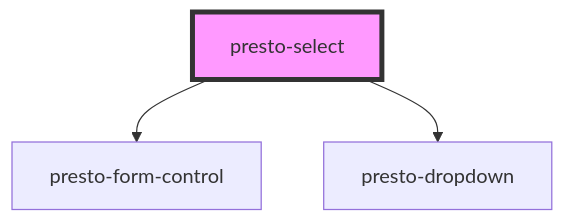
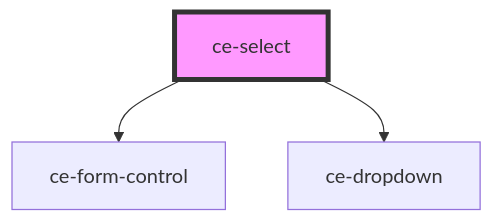
The diagram in packages/components/docs/components/ui/presto-select/readme.md (surecart/surecart-wp-plugin), drawn with Mermaid before and after one commit. The commit also changed other lines of this file and 292 other files, not shown here.

````diff
--- a/packages/components/docs/components/ui/presto-select/readme.md
+++ b/packages/components/docs/components/ui/presto-select/readme.md
@@ -52,6 +47,6 @@
 ```mermaid
 graph TD;
-  presto-select --> presto-form-control
-  presto-select --> presto-dropdown
-  style presto-select fill:#f9f,stroke:#333,stroke-width:4px
+  ce-select --> ce-form-control
+  ce-select --> ce-dropdown
+  style ce-select fill:#f9f,stroke:#333,stroke-width:4px
 ```
````
